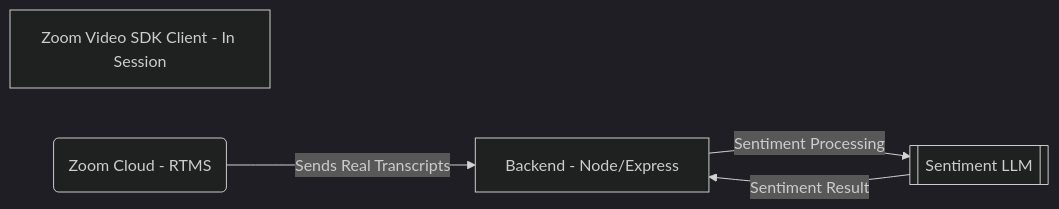
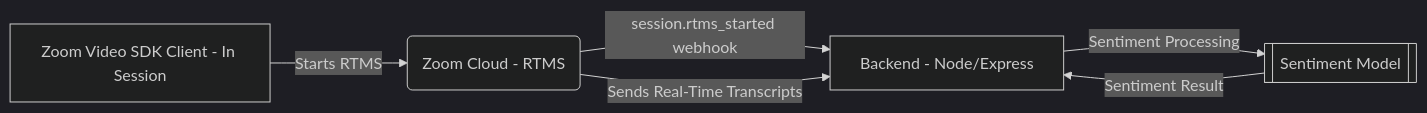
Before and after one commit to zoom/blueprints: the first of 2 diagrams in blueprints/transcript-sentiment-analysis/index.md, drawn with Mermaid (dark theme). The commit also changed other lines of this file, not shown here.

First line of the commit message:
transcript-sentiment-analysis: match the two samples and add run steps

````diff
--- a/blueprints/transcript-sentiment-analysis/index.md
+++ b/blueprints/transcript-sentiment-analysis/index.md
@@ -60,12 +65,13 @@
 ```mermaid
 graph LR
     A[Zoom Video SDK Client - In Session]
     B[Backend - Node/Express]
-    C@{shape: subproc, label: "Sentiment LLM"}
+    C@{shape: subproc, label: "Sentiment Model"}
     D@{ shape: rounded, label: "Zoom Cloud - RTMS" }
 
-    A  
-    D -- Sends Real Transcripts --> B
+    A -- Starts RTMS --> D
+    D -- session.rtms_started webhook --> B
+    D -- Sends Real-Time Transcripts --> B
     B -- Sentiment Processing --> C
     C -- Sentiment Result --> B
 ```
````
